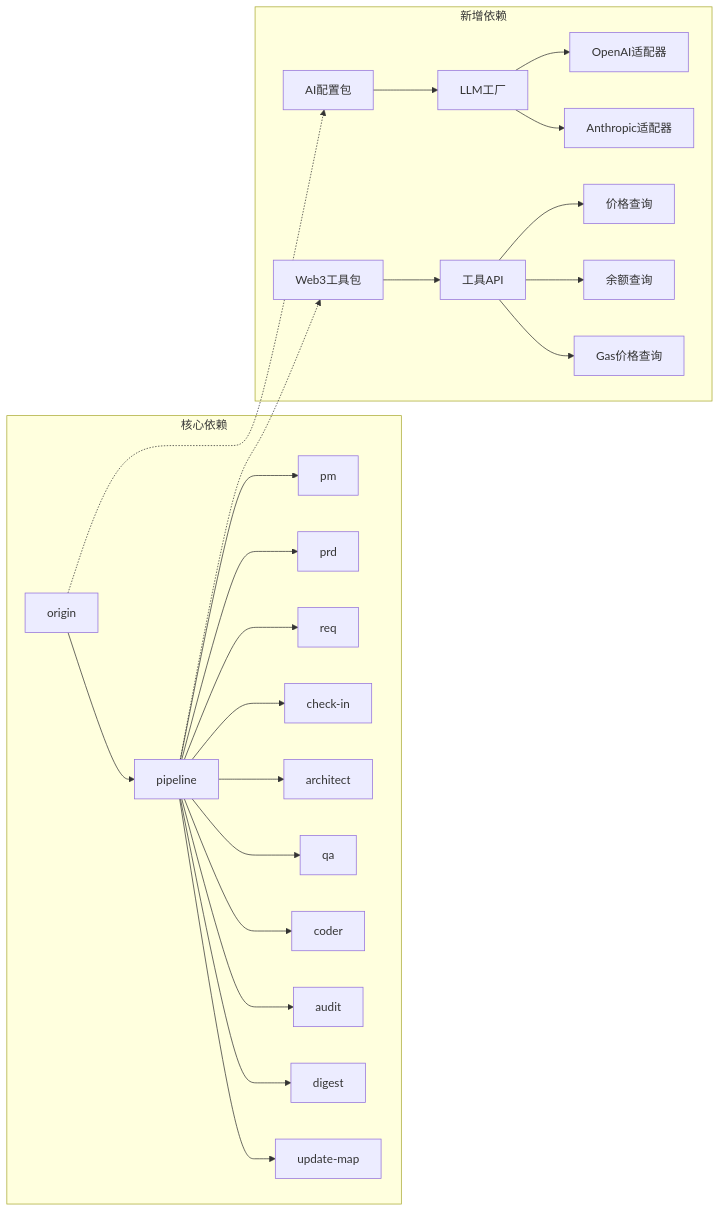
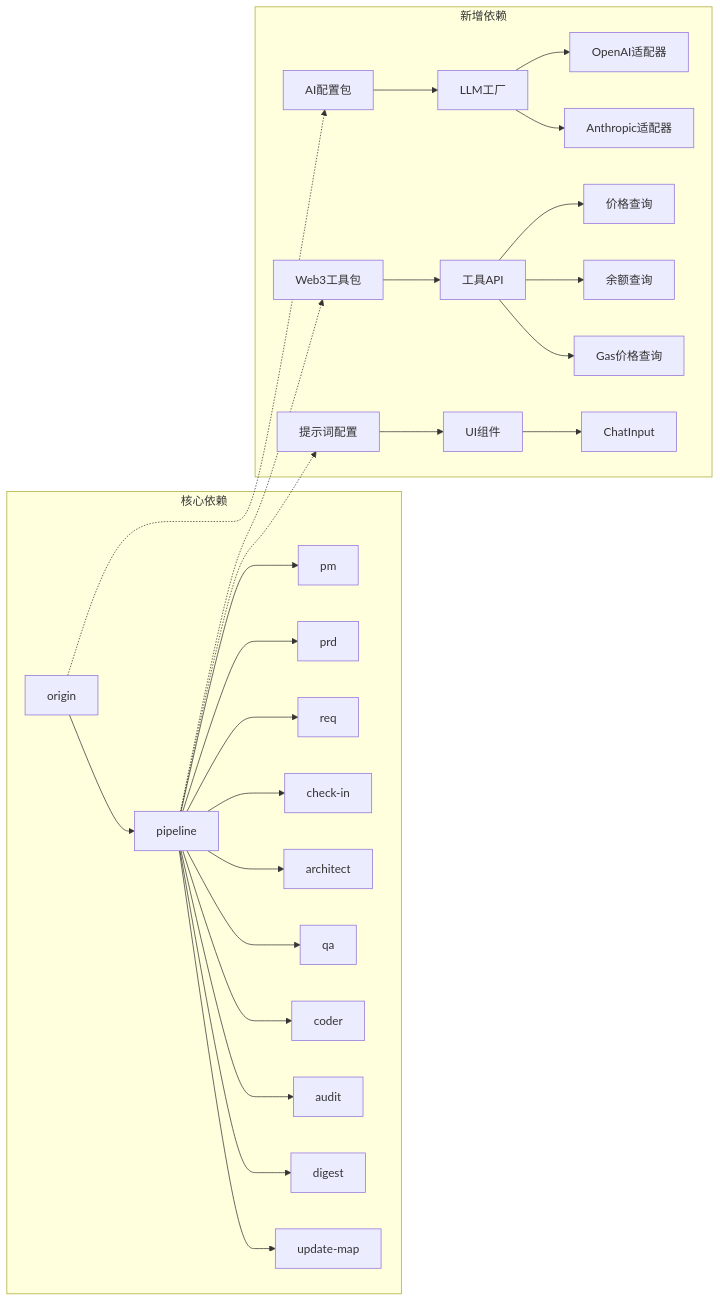
Before and after one commit to CryptoLinxu/Web3-AI-Agent: diagram 14 of 14 in .qoder/repowiki/zh/content/项目概述/整体架构概览/整体架构概览.md, drawn with Mermaid. The commit also changed other lines of this file and 5 other files, not shown here.

````diff
--- a/.qoder/repowiki/zh/content/项目概述/整体架构概览/整体架构概览.md
+++ b/.qoder/repowiki/zh/content/项目概述/整体架构概览/整体架构概览.md
@@ -425,27 +590,30 @@
 ```mermaid
 graph LR
 subgraph "核心依赖"
 ORG["origin"] --> PIPE["pipeline"]
 PIPE --> PM["pm"]
 PIPE --> PRD["prd"]
 PIPE --> REQ["req"]
 PIPE --> CI["check-in"]
 PIPE --> ARCH["architect"]
 PIPE --> QA["qa"]
 PIPE --> CODER["coder"]
 PIPE --> AUDIT["audit"]
 PIPE --> DG["digest"]
 PIPE --> UDM["update-map"]
 end
 subgraph "新增依赖"
 CONFIG["AI配置包"] --> FACTORY["LLM工厂"]
 FACTORY --> OPENAI["OpenAI适配器"]
 FACTORY --> ANTH["Anthropic适配器"]
 WEB3TOOLS["Web3工具包"] --> TOOLSAPI["工具API"]
 TOOLSAPI --> GETPRICE["价格查询"]
 TOOLSAPI --> GETBALANCE["余额查询"]
 TOOLSAPI --> GETGAS["Gas价格查询"]
+PROMPT_CONFIG["提示词配置"] --> PROMPT_UI["UI组件"]
+PROMPT_UI --> CHATINPUT["ChatInput"]
 end
 ORG -.-> CONFIG
 PIPE -.-> WEB3TOOLS
+PIPE -.-> PROMPT_CONFIG
 ```
````
